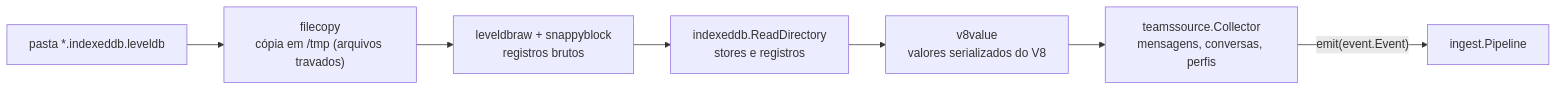
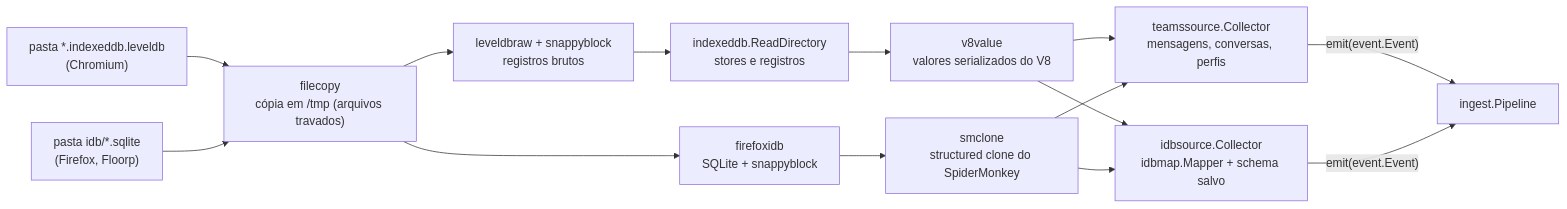
Before and after one commit to Chipskein/cade: the sixth of 12 diagrams in docs/ARCHITECTURE.md, drawn with Mermaid. The commit also changed other lines of this file and 3 other files, not shown here.

First line of the commit message:
docs: phase 30 done, changelog and architecture (#19)

````diff
--- a/docs/ARCHITECTURE.md
+++ b/docs/ARCHITECTURE.md
@@ -268,9 +276,16 @@
 ```mermaid
 flowchart LR
-    dir["pasta *.indexeddb.leveldb"] --> copy["filecopy<br/>cópia em /tmp (arquivos travados)"]
+    dir["pasta *.indexeddb.leveldb<br/>(Chromium)"] --> copy["filecopy<br/>cópia em /tmp (arquivos travados)"]
+    fdir["pasta idb/*.sqlite<br/>(Firefox, Floorp)"] --> copy
     copy --> ldb["leveldbraw + snappyblock<br/>registros brutos"]
     ldb --> idb["indexeddb.ReadDirectory<br/>stores e registros"]
     idb --> v8["v8value<br/>valores serializados do V8"]
+    copy --> fidb["firefoxidb<br/>SQLite + snappyblock"]
+    fidb --> sm["smclone<br/>structured clone do SpiderMonkey"]
     v8 --> teams["teamssource.Collector<br/>mensagens, conversas, perfis"]
+    v8 --> idbsrc["idbsource.Collector<br/>idbmap.Mapper + schema salvo"]
+    sm --> teams
+    sm --> idbsrc
     teams -->|"emit(event.Event)"| pipeline["ingest.Pipeline"]
+    idbsrc -->|"emit(event.Event)"| pipeline
 ```
````
